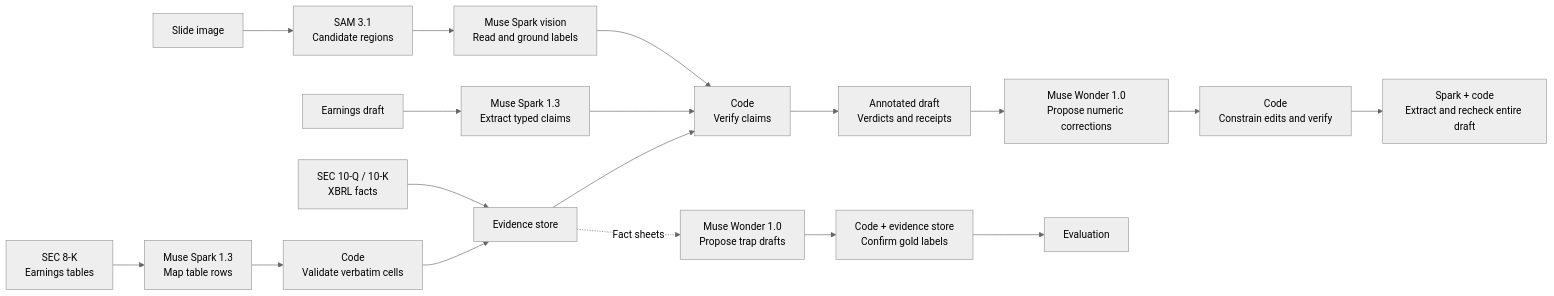
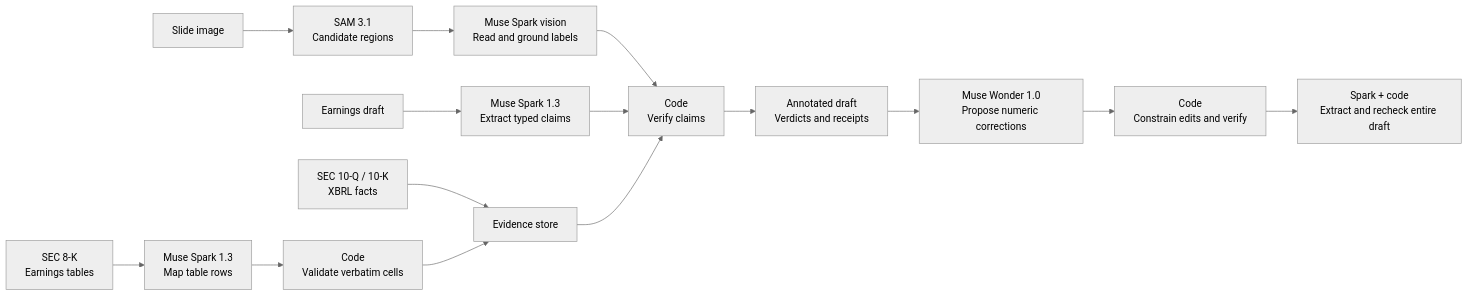
One commit to changshoufeng0609-cmd/nocap changed the diagram in README.md. Above: the diagram before and after it, drawn with Mermaid (neutral theme). The commit also changed other lines of this file and 13 other files, not shown here.

````diff
--- a/README.md
+++ b/README.md
@@ -78,19 +55,16 @@
 ```mermaid
 flowchart LR
     Slide["Slide image"] --> SAM["SAM 3.1<br/>Candidate regions"]
     SAM --> Vision["Muse Spark vision<br/>Read and ground labels"]
     Vision --> Verify
     Draft["Earnings draft"] --> Spark["Muse Spark 1.3<br/>Extract typed claims"]
     Spark --> Verify["Code<br/>Verify claims"]
     Verify --> Result["Annotated draft<br/>Verdicts and receipts"]
     XBRL["SEC 10-Q / 10-K<br/>XBRL facts"] --> Store["Evidence store"]
     PR["SEC 8-K<br/>Earnings tables"] --> Map["Muse Spark 1.3<br/>Map table rows"]
     Map --> Cells["Code<br/>Validate verbatim cells"] --> Store
     Store --> Verify
     Result --> Fix["Muse Wonder 1.0<br/>Propose numeric corrections"]
     Fix --> Guard["Code<br/>Constrain edits and verify"]
     Guard --> Recheck["Spark + code<br/>Extract and recheck entire draft"]
-    Store -. "Fact sheets" .-> Wonder["Muse Wonder 1.0<br/>Propose trap drafts"]
-    Wonder --> Gold["Code + evidence store<br/>Confirm gold labels"]
-    Gold --> Eval["Evaluation"]
 ```
````
